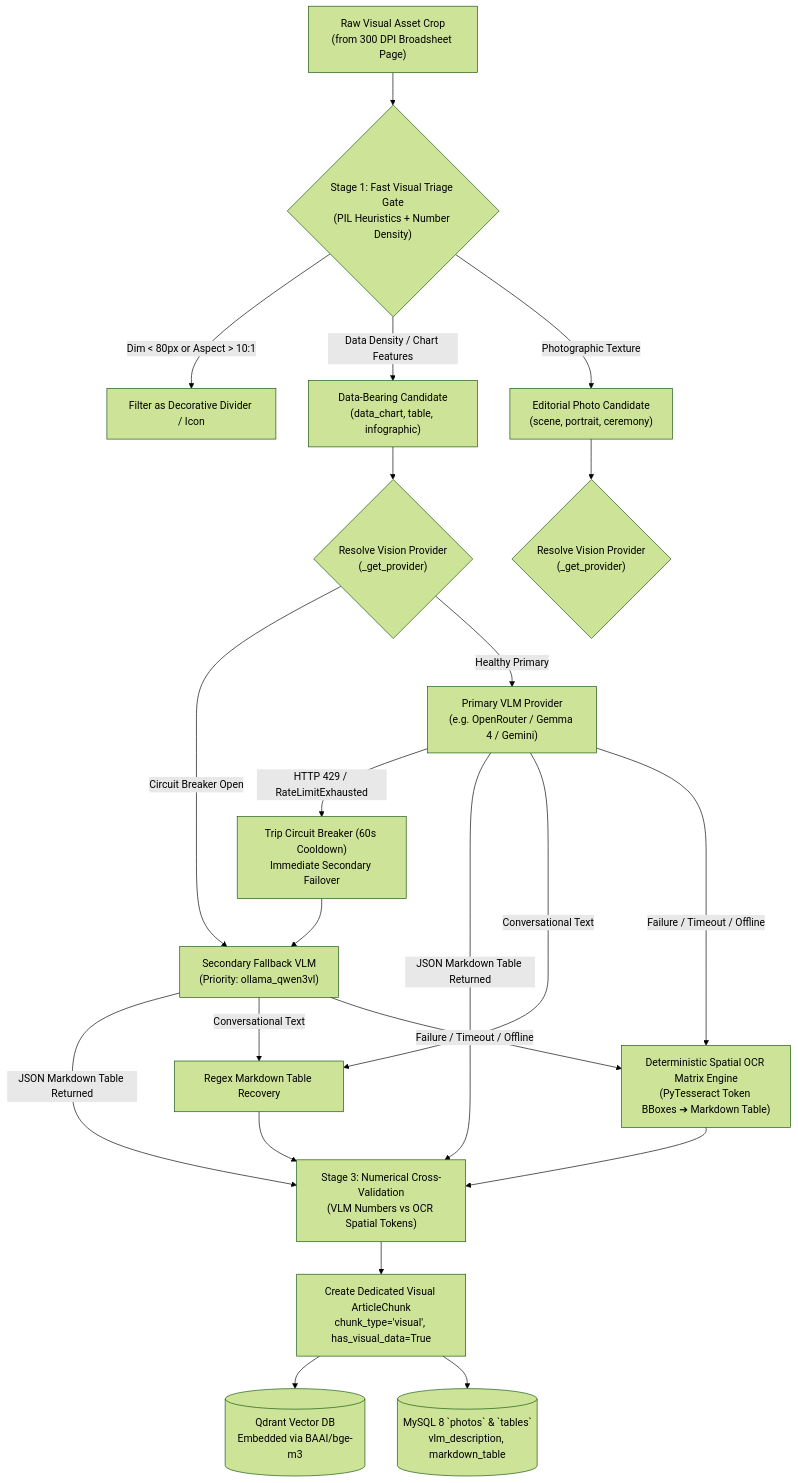
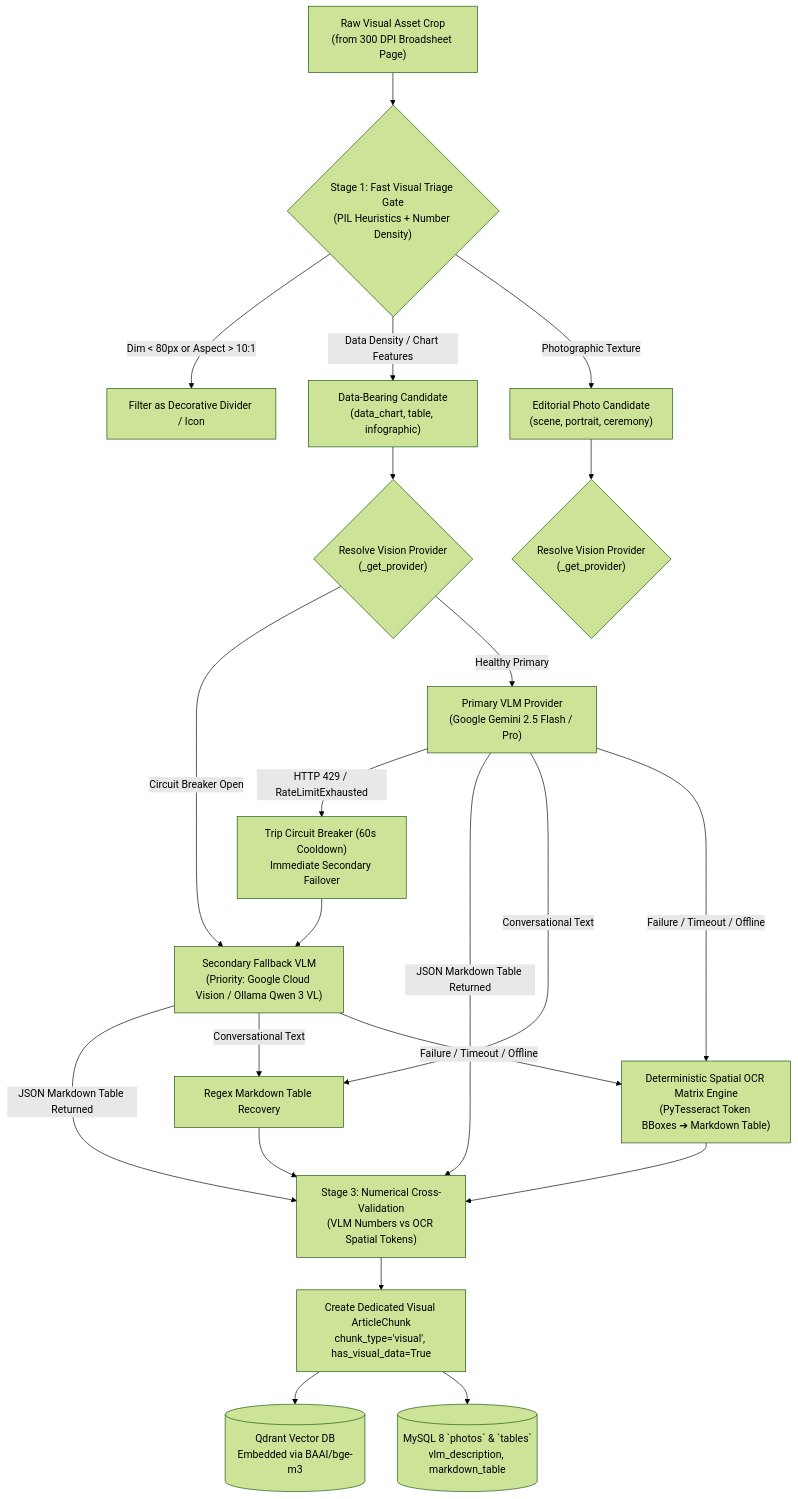
The second of 9 diagrams in docs/data_flow_architecture.md (piyushgoel2808/NewsLens-AI), drawn with Mermaid (forest theme) before and after one commit. The commit also changed other lines of this file and 70 other files, not shown here.

First line of the commit message:
feat: Google Gemini Full Cloud Architecture, production containerization stack, and docs overhaul

````diff
--- a/docs/data_flow_architecture.md
+++ b/docs/data_flow_architecture.md
@@ -190,28 +191,28 @@
 ```mermaid
 flowchart TD
     AssetCrop["Raw Visual Asset Crop<br/>(from 300 DPI Broadsheet Page)"] --> Stage1{"Stage 1: Fast Visual Triage Gate<br/>(PIL Heuristics + Number Density)"}
     
     Stage1 -->|"Dim < 80px or Aspect > 10:1"| Decorative["Filter as Decorative Divider / Icon"]
     Stage1 -->|Data Density / Chart Features| DataCandidate["Data-Bearing Candidate<br/>(data_chart, table, infographic)"]
     Stage1 -->|Photographic Texture| PhotoCandidate["Editorial Photo Candidate<br/>(scene, portrait, ceremony)"]
 
     DataCandidate --> VLM_Dispatch{"Resolve Vision Provider<br/>(_get_provider)"}
     PhotoCandidate --> VLM_Photo_Dispatch{"Resolve Vision Provider<br/>(_get_provider)"}
 
-    VLM_Dispatch -->|Circuit Breaker Open| SecondaryVLM["Secondary Fallback VLM<br/>(Priority: ollama_qwen3vl)"]
-    VLM_Dispatch -->|Healthy Primary| PrimaryVLM["Primary VLM Provider<br/>(e.g. OpenRouter / Gemma 4 / Gemini)"]
+    VLM_Dispatch -->|Circuit Breaker Open| SecondaryVLM["Secondary Fallback VLM<br/>(Priority: Google Cloud Vision / Ollama Qwen 3 VL)"]
+    VLM_Dispatch -->|Healthy Primary| PrimaryVLM["Primary VLM Provider<br/>(Google Gemini 2.5 Flash / Pro)"]
 
     PrimaryVLM -->|HTTP 429 / RateLimitExhausted| TripBreaker["Trip Circuit Breaker (60s Cooldown)<br/>Immediate Secondary Failover"]
     TripBreaker --> SecondaryVLM
 
     PrimaryVLM & SecondaryVLM -->|JSON Markdown Table Returned| Stage3["Stage 3: Numerical Cross-Validation<br/>(VLM Numbers vs OCR Spatial Tokens)"]
     PrimaryVLM & SecondaryVLM -->|Conversational Text| RegexRecovery["Regex Markdown Table Recovery"]
     RegexRecovery --> Stage3
 
     PrimaryVLM & SecondaryVLM -->|Failure / Timeout / Offline| SpatialOCR["Deterministic Spatial OCR Matrix Engine<br/>(PyTesseract Token BBoxes ➔ Markdown Table)"]
     SpatialOCR --> Stage3
 
     Stage3 --> VisualChunk["Create Dedicated Visual ArticleChunk<br/>chunk_type='visual', has_visual_data=True"]
     VisualChunk --> QdrantIndex[("Qdrant Vector DB<br/>Embedded via BAAI/bge-m3")]
     VisualChunk --> MySQLIndex[("MySQL 8 `photos` & `tables`<br/>vlm_description, markdown_table")]
 ```
````
